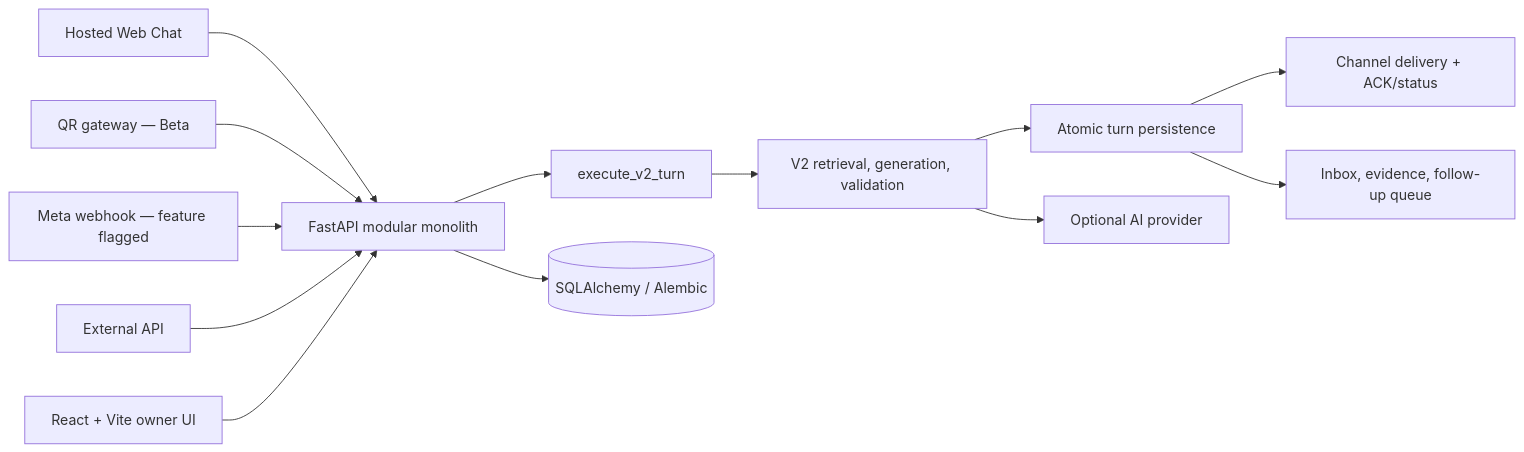
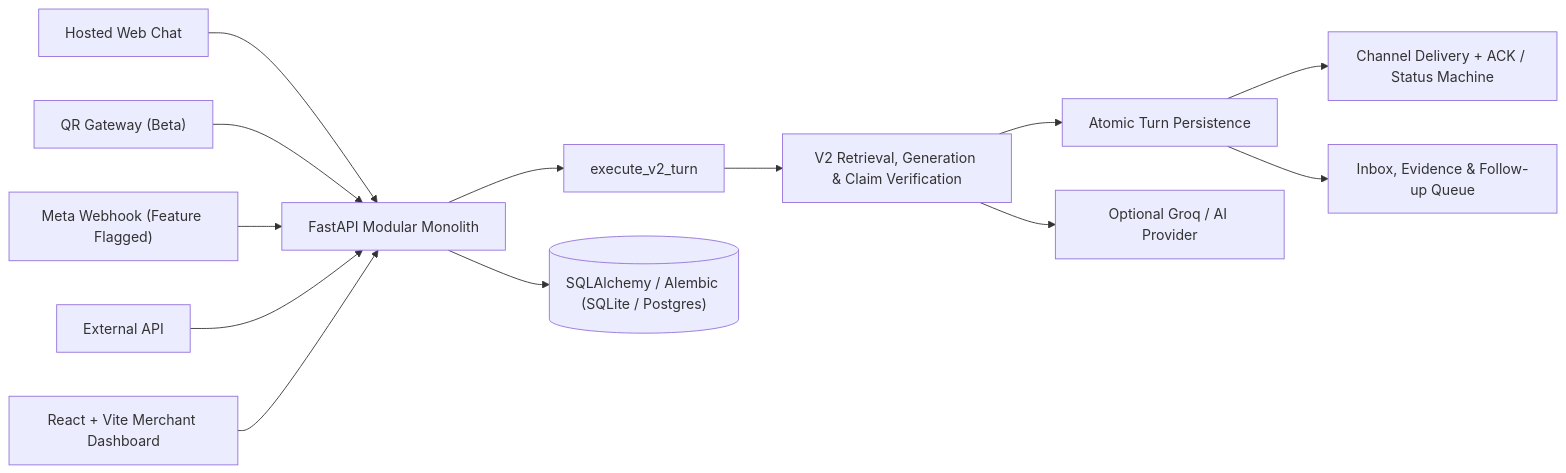
Before and after one commit to Mohamed-Abdelaziz3/velor-ai: the diagram in README.md, drawn with Mermaid. The commit also changed other lines of this file and 2 other files, not shown here.

````diff
--- a/README.md
+++ b/README.md
@@ -38,17 +56,17 @@
 ```mermaid
 flowchart LR
-    Web["Hosted Web Chat"] --> API["FastAPI modular monolith"]
-    QR["QR gateway — Beta"] --> API
-    Meta["Meta webhook — feature flagged"] --> API
+    Web["Hosted Web Chat"] --> API["FastAPI Modular Monolith"]
+    QR["QR Gateway (Beta)"] --> API
+    Meta["Meta Webhook (Feature Flagged)"] --> API
     External["External API"] --> API
 
     API --> UseCase["execute_v2_turn"]
-    UseCase --> Decision["V2 retrieval, generation, validation"]
-    Decision --> Persist["Atomic turn persistence"]
-    Persist --> Delivery["Channel delivery + ACK/status"]
-    Persist --> Workspace["Inbox, evidence, follow-up queue"]
+    UseCase --> Decision["V2 Retrieval, Generation & Claim Verification"]
+    Decision --> Persist["Atomic Turn Persistence"]
+    Persist --> Delivery["Channel Delivery + ACK / Status Machine"]
+    Persist --> Workspace["Inbox, Evidence & Follow-up Queue"]
 
-    React["React + Vite owner UI"] --> API
-    API --> DB[("SQLAlchemy / Alembic")]
-    Decision --> Provider["Optional AI provider"]
+    React["React + Vite Merchant Dashboard"] --> API
+    API --> DB[("SQLAlchemy / Alembic (SQLite / Postgres)")]
+    Decision --> Provider["Optional Groq / AI Provider"]
 ```
````
